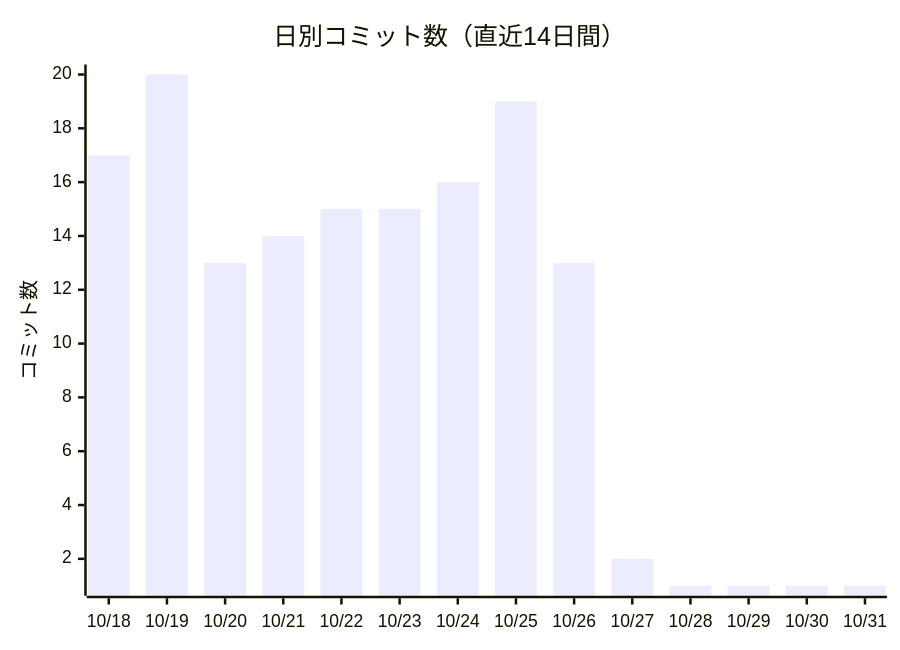
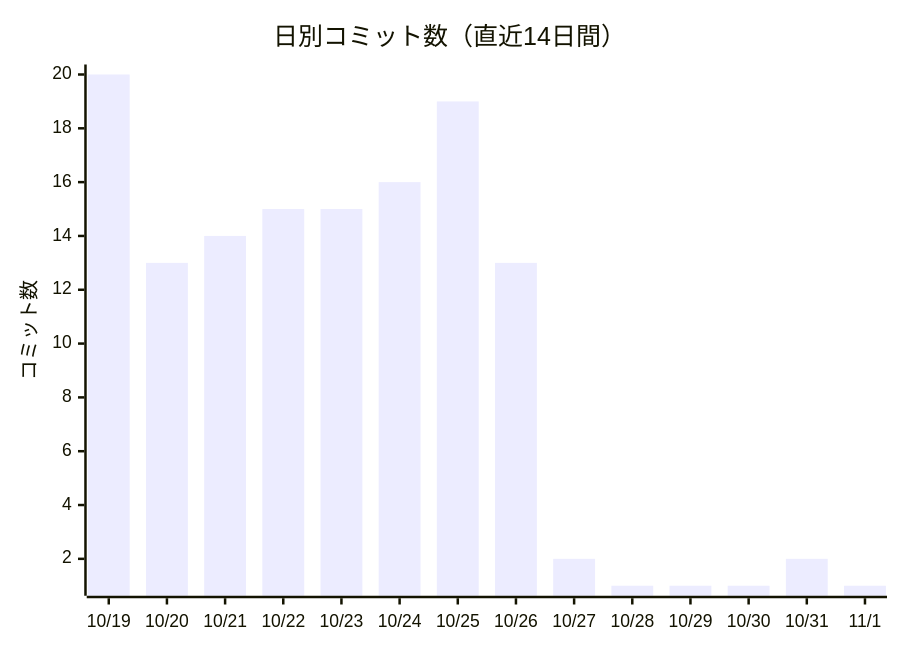
One commit to non-x2/non-x2 changed the first of 2 diagrams in docs/進化レポート.md. Above: the diagram before and after it, drawn with Mermaid. The commit also changed other lines of this file and 1 other file, not shown here.

````diff
--- a/docs/進化レポート.md
+++ b/docs/進化レポート.md
@@ -23,7 +23,7 @@
 ```mermaid
 xychart-beta
     title "日別コミット数（直近14日間）"
-    x-axis ["10/18", "10/19", "10/20", "10/21", "10/22", "10/23", "10/24", "10/25", "10/26", "10/27", "10/28", "10/29", "10/30", "10/31"]
+    x-axis ["10/19", "10/20", "10/21", "10/22", "10/23", "10/24", "10/25", "10/26", "10/27", "10/28", "10/29", "10/30", "10/31", "11/1"]
     y-axis "コミット数"
-    bar [17, 20, 13, 14, 15, 15, 16, 19, 13, 2, 1, 1, 1, 1]
+    bar [20, 13, 14, 15, 15, 16, 19, 13, 2, 1, 1, 1, 2, 1]
 ```
````
